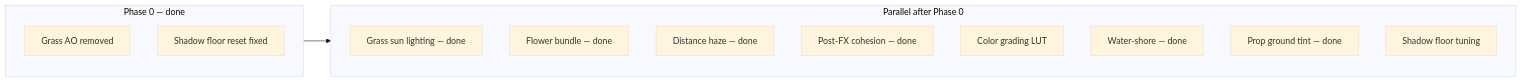
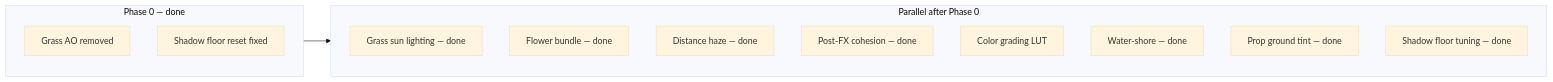
One commit to MogensenJesse/pantheon changed the diagram in .cursor/plans/visual_fidelity_pass_e1bf39e9.plan.md. Above: the diagram before and after it, drawn with Mermaid (base theme). The commit also changed other lines of this file and 112 other files, not shown here.

````diff
--- a/.cursor/plans/visual_fidelity_pass_e1bf39e9.plan.md
+++ b/.cursor/plans/visual_fidelity_pass_e1bf39e9.plan.md
@@ -58,18 +58,18 @@
 ```mermaid
 flowchart LR
   subgraph phase0 [Phase 0 — done]
     GrassAO[Grass AO removed]
     ShadowFix[Shadow floor reset fixed]
   end
   subgraph parallel [Parallel after Phase 0]
     GrassSun[Grass sun lighting — done]
     Flowers[Flower bundle — done]
     Haze[Distance haze — done]
     PostCohesion[Post-FX cohesion — done]
     LUT[Color grading LUT]
     WaterShore[Water-shore — done]
     PropGround[Prop ground tint — done]
-    ShadowTune[Shadow floor tuning]
+    ShadowTune[Shadow floor tuning — done]
   end
   phase0 --> parallel
 ```
````
